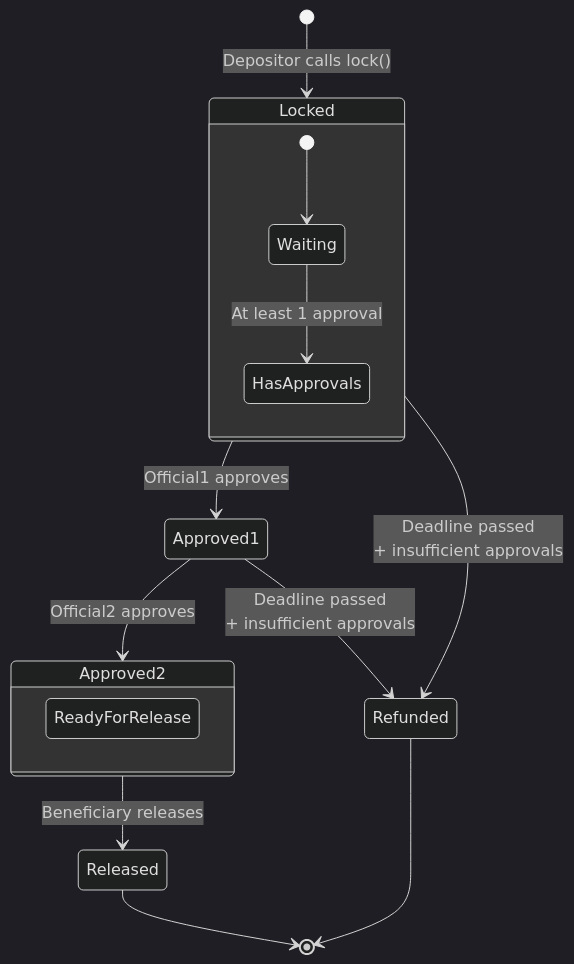
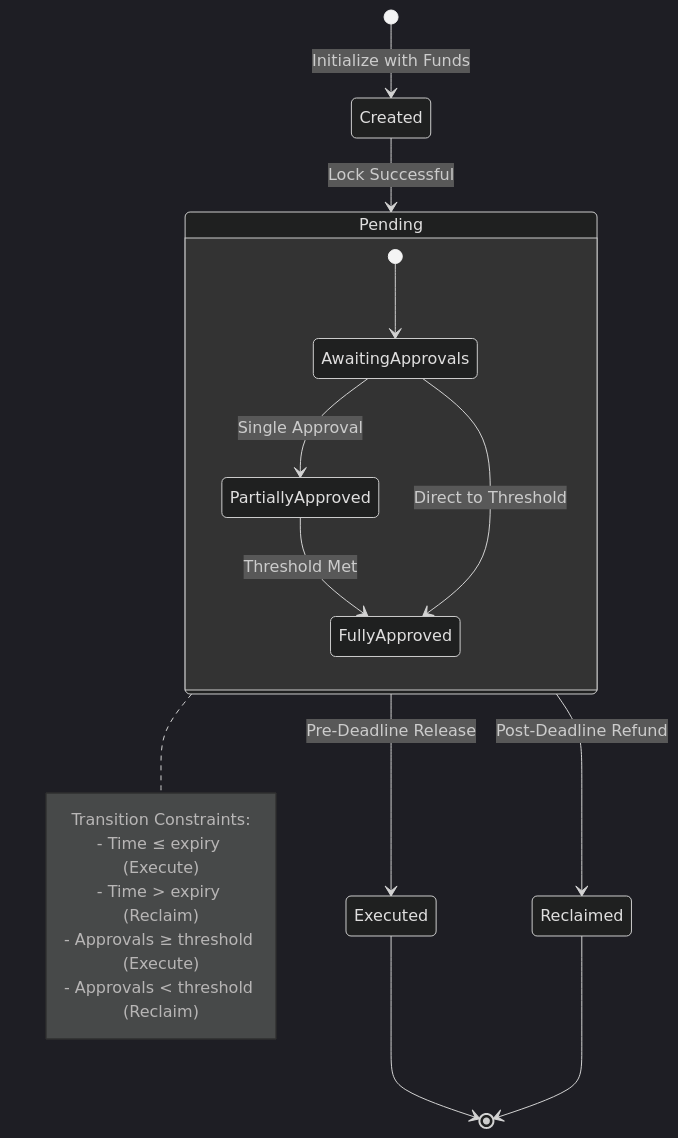
Before and after one commit to mwatsimulamo/Public-Fund: the third of 3 diagrams in README.md, drawn with Mermaid (dark theme). The commit also changed other lines of this file, not shown here.

````diff
--- a/README.md
+++ b/README.md
@@ -318,22 +383,26 @@
 ```mermaid
 stateDiagram-v2
-    [*] --> Locked: Depositor calls lock()
-    Locked --> Approved1: Official1 approves
-    Approved1 --> Approved2: Official2 approves
-    Approved2 --> Released: Beneficiary releases
+    [*] --> Created : Initialize with Funds
+    Created --> Pending : Lock Successful
     
-    Locked --> Refunded: Deadline passed<br/>+ insufficient approvals
-    Approved1 --> Refunded: Deadline passed<br/>+ insufficient approvals
-    
-    state Locked {
-        [*] --> Waiting
-        Waiting --> HasApprovals: At least 1 approval
+    state Pending {
+        [*] --> AwaitingApprovals
+        AwaitingApprovals --> PartiallyApproved : Single Approval
+        PartiallyApproved --> FullyApproved : Threshold Met
+        AwaitingApprovals --> FullyApproved : Direct to Threshold
     }
     
-    state Approved2 {
-        ReadyForRelease
-    }
+    Pending --> Executed : Pre-Deadline Release
+    Pending --> Reclaimed : Post-Deadline Refund
     
-    Released --> [*]
-    Refunded --> [*]
+    Executed --> [*]
+    Reclaimed --> [*]
+    
+    note right of Pending
+        Transition Constraints:
+        - Time ≤ expiry (Execute)
+        - Time > expiry (Reclaim)
+        - Approvals ≥ threshold (Execute)
+        - Approvals < threshold (Reclaim)
+    end note
 ```
````
